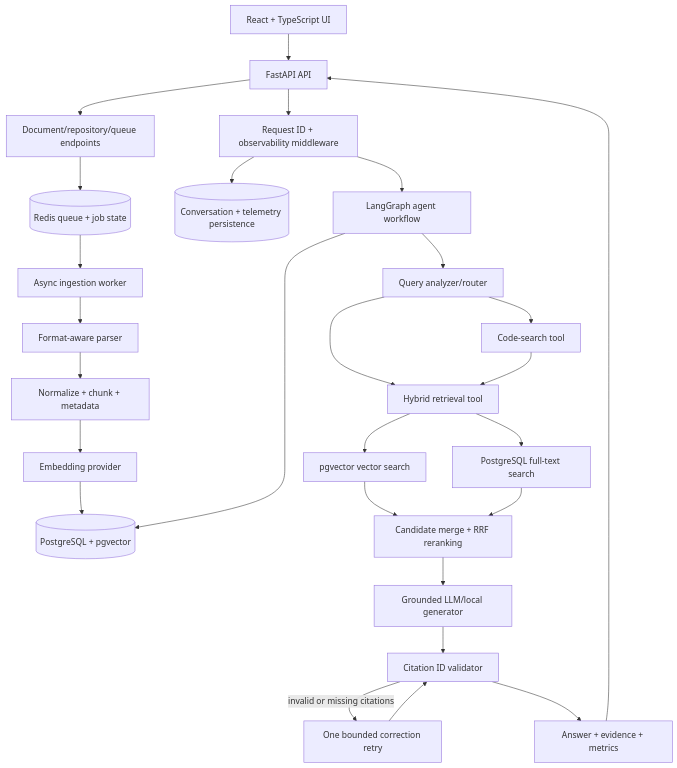
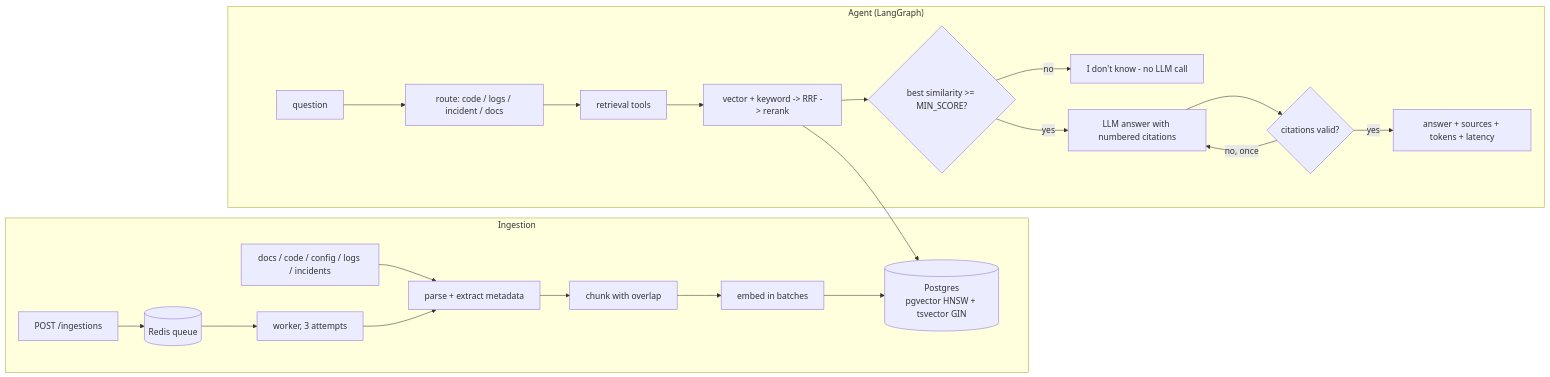
The diagram in README.md (avinash-p05/devmind), drawn with Mermaid before and after one commit. The commit also changed other lines of this file and 2 other files, not shown here.

First line of the commit message:
docs: rewrite README and architecture docs with measured results

````diff
--- a/README.md
+++ b/README.md
@@ -18,29 +10,22 @@
 ```mermaid
-flowchart TD
-    UI[React + TypeScript UI] --> API[FastAPI API]
-    API --> REQUEST[Request ID + observability middleware]
-    REQUEST --> GRAPH[LangGraph agent workflow]
-    REQUEST --> PERSIST[(Conversation + telemetry persistence)]
-    API --> INGEST_API[Document/repository/queue endpoints]
-    INGEST_API --> REDIS[(Redis queue + job state)]
-    REDIS --> WORKER[Async ingestion worker]
-    WORKER --> PARSE[Format-aware parser]
-    PARSE --> CHUNK[Normalize + chunk + metadata]
-    CHUNK --> EMBED[Embedding provider]
-    EMBED --> DB[(PostgreSQL + pgvector)]
-    GRAPH --> ANALYZE[Query analyzer/router]
-    ANALYZE --> CODE[Code-search tool]
-    ANALYZE --> RETRIEVE[Hybrid retrieval tool]
-    CODE --> RETRIEVE
-    RETRIEVE --> VECTOR[pgvector vector search]
-    RETRIEVE --> KEYWORD[PostgreSQL full-text search]
-    VECTOR --> FUSE[Candidate merge + RRF reranking]
-    KEYWORD --> FUSE
-    FUSE --> GENERATE[Grounded LLM/local generator]
-    GENERATE --> VALIDATE[Citation ID validator]
-    VALIDATE -->|invalid or missing citations| CORRECT[One bounded correction retry]
-    CORRECT --> VALIDATE
-    VALIDATE --> RESPONSE[Answer + evidence + metrics]
-    RESPONSE --> API
-    GRAPH --> DB
+flowchart LR
+    subgraph Ingestion
+      SRC[docs / code / config / logs / incidents] --> PARSE[parse + extract metadata]
+      PARSE --> CHUNK[chunk with overlap]
+      CHUNK --> EMB[embed in batches]
+      EMB --> PG[(Postgres<br/>pgvector HNSW + tsvector GIN)]
+      API1[POST /ingestions] --> REDIS[(Redis queue)] --> WORKER[worker, 3 attempts] --> PARSE
+    end
+    subgraph "Agent (LangGraph)"
+      Q[question] --> ROUTE[route: code / logs / incident / docs]
+      ROUTE --> TOOLS[retrieval tools]
+      TOOLS --> HYB[vector + keyword -> RRF -> rerank]
+      HYB --> PG
+      HYB --> GUARD{best similarity >= MIN_SCORE?}
+      GUARD -- no --> REFUSE["I don't know" - no LLM call]
+      GUARD -- yes --> GEN[LLM answer with numbered citations]
+      GEN --> VAL{citations valid?}
+      VAL -- no, once --> GEN
+      VAL -- yes --> ANS[answer + sources + tokens + latency]
+    end
 ```
````
